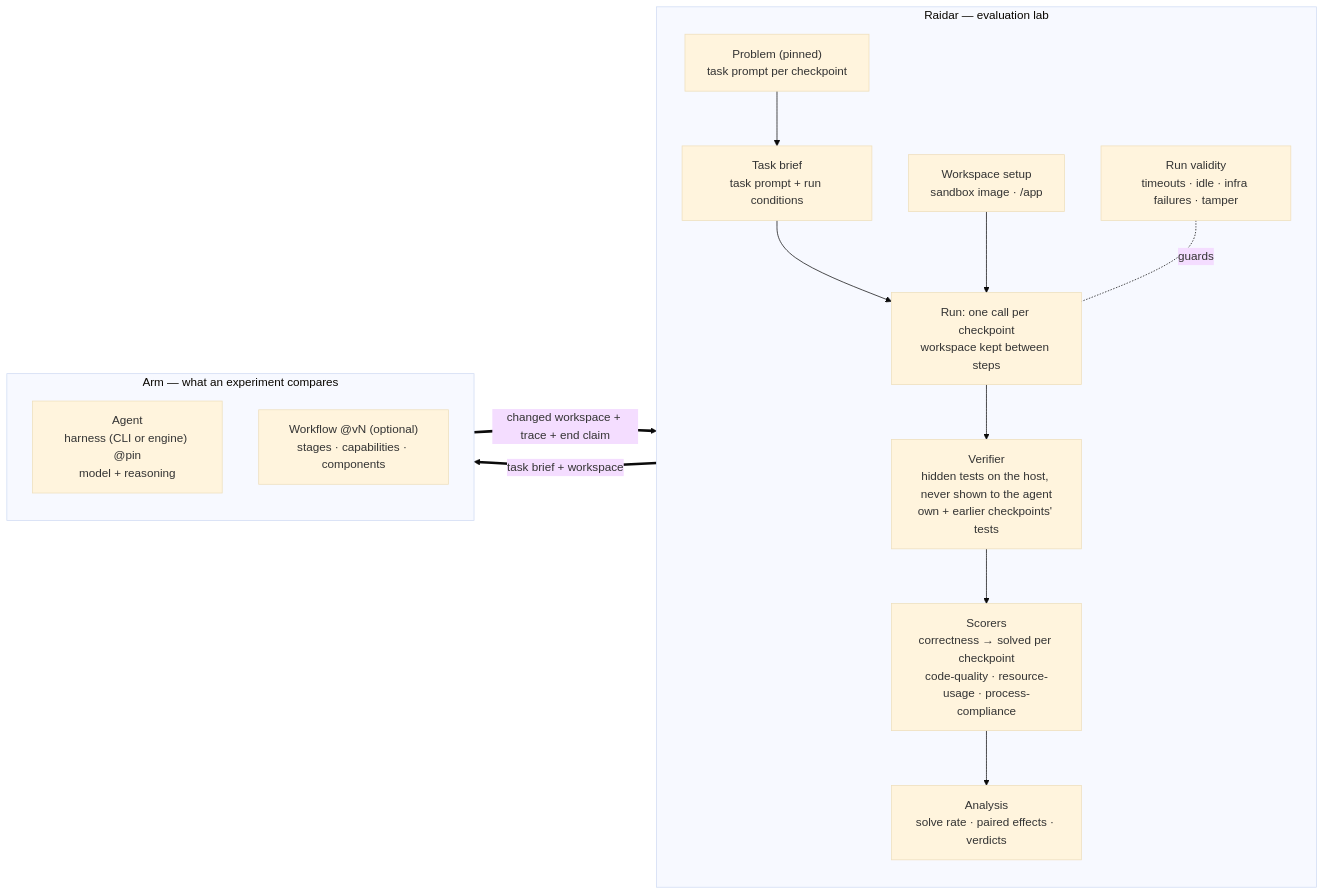
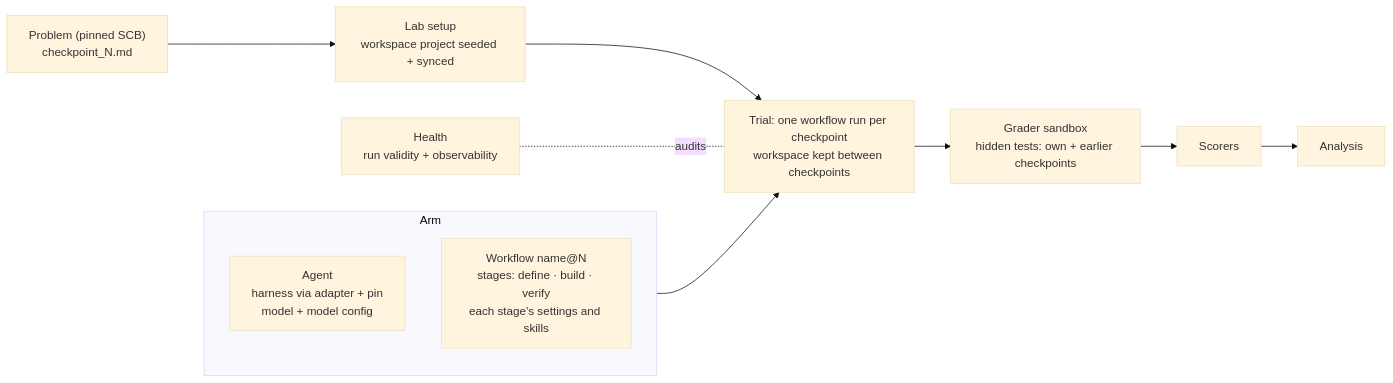
The diagram in docs/reboot/split-design.md (adam-jackson-cf/raidar), drawn with Mermaid (base theme) before and after one commit. The commit also changed other lines of this file and 2 other files, not shown here.

Commit message:
docs(reboot): agreed lab design and implementation plan, with independent reviews

````diff
--- a/docs/reboot/split-design.md
+++ b/docs/reboot/split-design.md
@@ -9,20 +9,13 @@
 ```mermaid
 flowchart LR
-  subgraph LAB["Raidar — evaluation lab"]
-    direction TB
-    PR["Problem (pinned)<br/>task prompt per checkpoint"] --> TB["Task brief<br/>task prompt + run conditions"]
-    TB --> RUN["Run: one call per checkpoint<br/>workspace kept between steps"]
-    WS["Workspace setup<br/>sandbox image · /app"] --> RUN
-    VAL["Run validity<br/>timeouts · idle · infra failures · tamper"] -. guards .- RUN
-    RUN --> VER["Verifier<br/>hidden tests on the host, never shown to the agent<br/>own + earlier checkpoints' tests"]
-    VER --> SC["Scorers<br/>correctness → solved per checkpoint<br/>code-quality · resource-usage · process-compliance"]
-    SC --> AN["Analysis<br/>solve rate · paired effects · verdicts"]
+  P["Problem (pinned SCB)<br/>checkpoint_N.md"] --> SET["Lab setup<br/>workspace project seeded + synced"]
+  SET --> RUN["Trial: one workflow run per checkpoint<br/>workspace kept between checkpoints"]
+  subgraph ARM["Arm"]
+    AG["Agent<br/>harness via adapter + pin<br/>model + model config"]
+    WF["Workflow name@N<br/>stages: define · build · verify<br/>each stage's settings and skills"]
   end
-  subgraph ARM["Arm — what an experiment compares"]
-    direction TB
-    AG["Agent<br/>harness (CLI or engine) @pin<br/>model + reasoning"]
-    WF["Workflow @vN (optional)<br/>stages · capabilities · components"]
-  end
-  RUN == "task brief + workspace" ==> ARM
-  ARM == "changed workspace + trace + end claim" ==> VER
+  ARM --> RUN
+  H["Health<br/>run validity + observability"] -. audits .- RUN
+  RUN --> G["Grader sandbox<br/>hidden tests: own + earlier checkpoints"]
+  G --> S["Scorers"] --> A["Analysis"]
 ```
````
